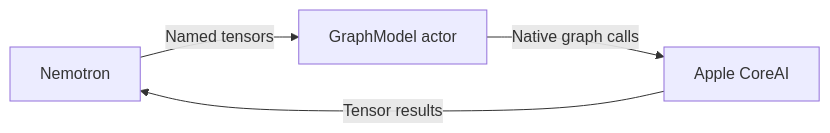
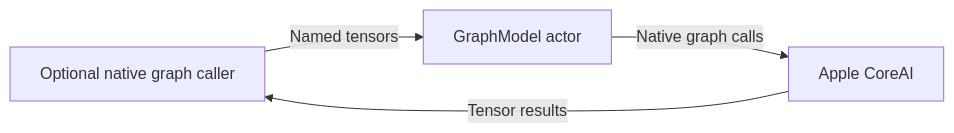
Before and after one commit to devilyouwei/MobileHarness: the diagram in MobileHarness/ModelKit/Backends/CoreAI/README.md, drawn with Mermaid. The commit also changed other lines of this file and 138 other files, not shown here.

````diff
--- a/MobileHarness/ModelKit/Backends/CoreAI/README.md
+++ b/MobileHarness/ModelKit/Backends/CoreAI/README.md
@@ -7,6 +7,6 @@
 ```mermaid
 flowchart LR
-    Adapter[Nemotron] -->|Named tensors| Graph[GraphModel actor]
+    Adapter[Optional native graph caller] -->|Named tensors| Graph[GraphModel actor]
     Graph -->|Native graph calls| CoreAI[Apple CoreAI]
     CoreAI -->|Tensor results| Adapter
 ```
````
